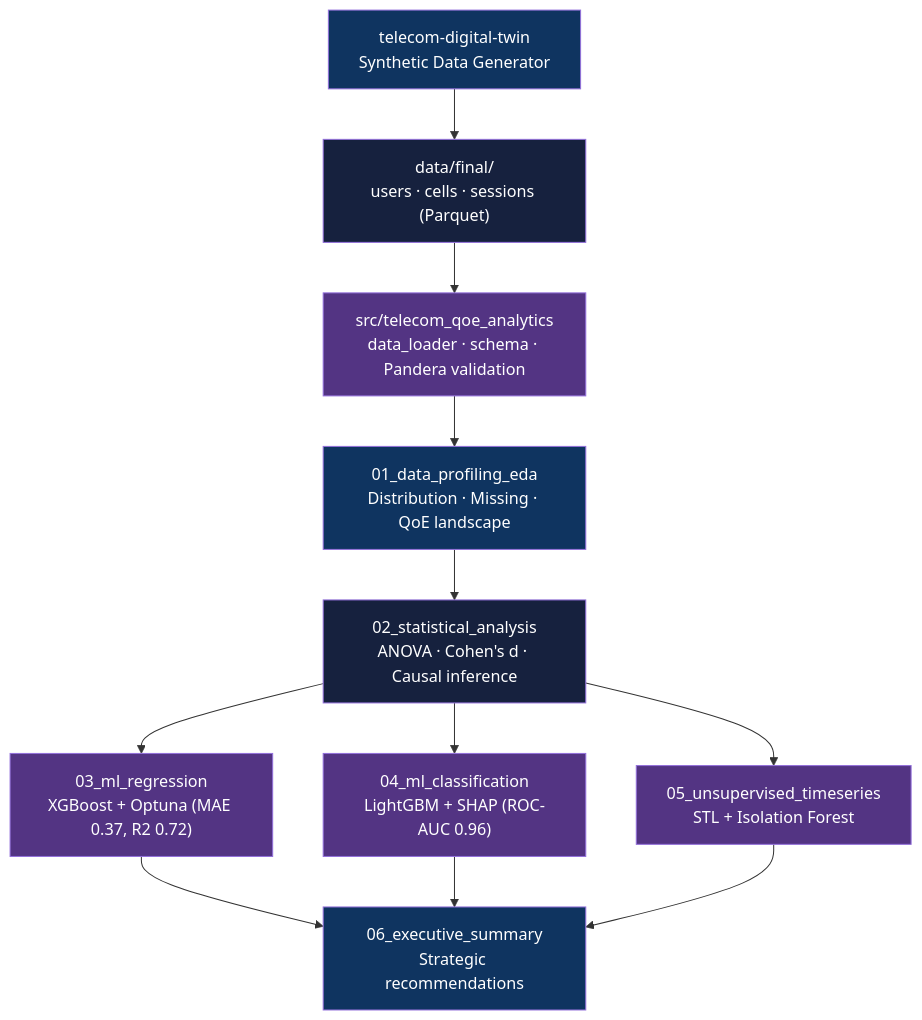
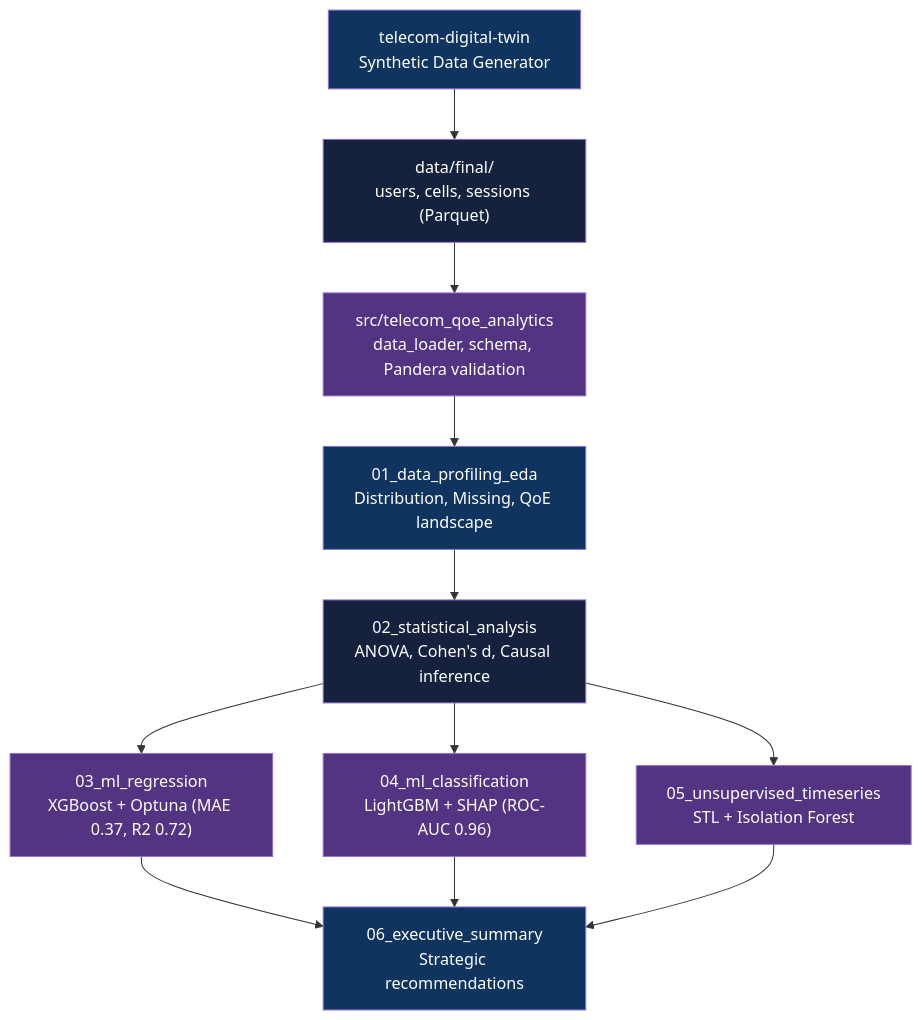
The diagram in README.md (adityonugrohoid/telecom-qoe-analytics), drawn with Mermaid before and after one commit. The commit also changed other lines of this file and 1 other file, not shown here.

Commit message:
docs: standardize README to house template (#3)

````diff
--- a/README.md
+++ b/README.md
@@ -72,23 +72,23 @@
 ```mermaid
 graph TD
-    A["telecom-digital-twin<br/>Synthetic Data Generator"] --> B["data/final/<br/>users · cells · sessions (Parquet)"]
-    B --> C["src/telecom_qoe_analytics<br/>data_loader · schema · Pandera validation"]
-    C --> D["01_data_profiling_eda<br/>Distribution · Missing · QoE landscape"]
-    D --> E["02_statistical_analysis<br/>ANOVA · Cohen's d · Causal inference"]
+    A["telecom-digital-twin<br/>Synthetic Data Generator"] --> B["data/final/<br/>users, cells, sessions (Parquet)"]
+    B --> C["src/telecom_qoe_analytics<br/>data_loader, schema, Pandera validation"]
+    C --> D["01_data_profiling_eda<br/>Distribution, Missing, QoE landscape"]
+    D --> E["02_statistical_analysis<br/>ANOVA, Cohen's d, Causal inference"]
     E --> F["03_ml_regression<br/>XGBoost + Optuna (MAE 0.37, R2 0.72)"]
     E --> G["04_ml_classification<br/>LightGBM + SHAP (ROC-AUC 0.96)"]
     E --> H["05_unsupervised_timeseries<br/>STL + Isolation Forest"]
     F --> I["06_executive_summary<br/>Strategic recommendations"]
     G --> I
     H --> I
 
     style A fill:#0f3460,color:#fff
     style B fill:#16213e,color:#fff
     style C fill:#533483,color:#fff
     style D fill:#0f3460,color:#fff
     style E fill:#16213e,color:#fff
     style F fill:#533483,color:#fff
     style G fill:#533483,color:#fff
     style H fill:#533483,color:#fff
     style I fill:#0f3460,color:#fff
 ```
````
